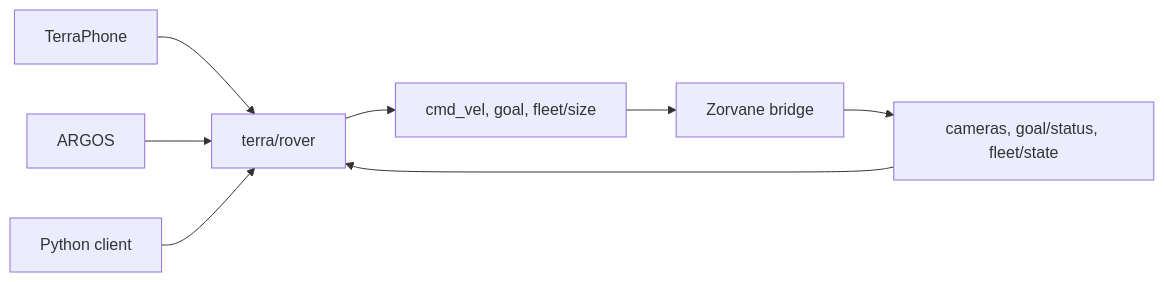
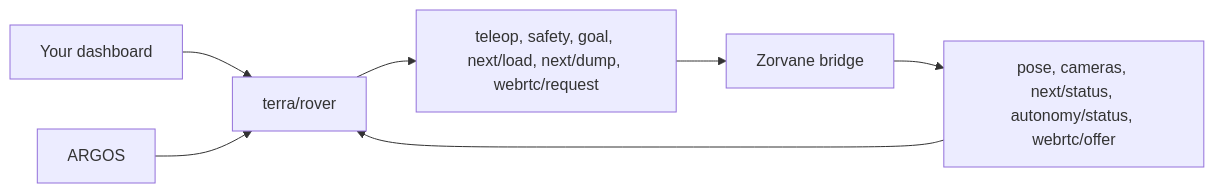
One commit to Super-Yojan/Zorvane changed the diagram in simulator/ZENOH.md. Above: the diagram before and after it, drawn with Mermaid. The commit also changed other lines of this file and 93 other files, not shown here.

````diff
--- a/simulator/ZENOH.md
+++ b/simulator/ZENOH.md
@@ -5,10 +7,9 @@
 ```mermaid
 flowchart LR
-  Phone["TerraPhone"] --> Bus["terra/rover"]
+  Dash["Your dashboard"] --> Bus["terra/rover"]
   ARGOS["ARGOS"] --> Bus
-  Py["Python client"] --> Bus
-  Bus --> In["cmd_vel, goal, fleet/size"]
+  Bus --> In["teleop, safety, goal, next/load, next/dump, webrtc/request"]
   In --> Bridge["Zorvane bridge"]
-  Bridge --> Out["cameras, goal/status, fleet/state"]
+  Bridge --> Out["pose, cameras, next/status, autonomy/status, webrtc/offer"]
   Out --> Bus
 ```
````
